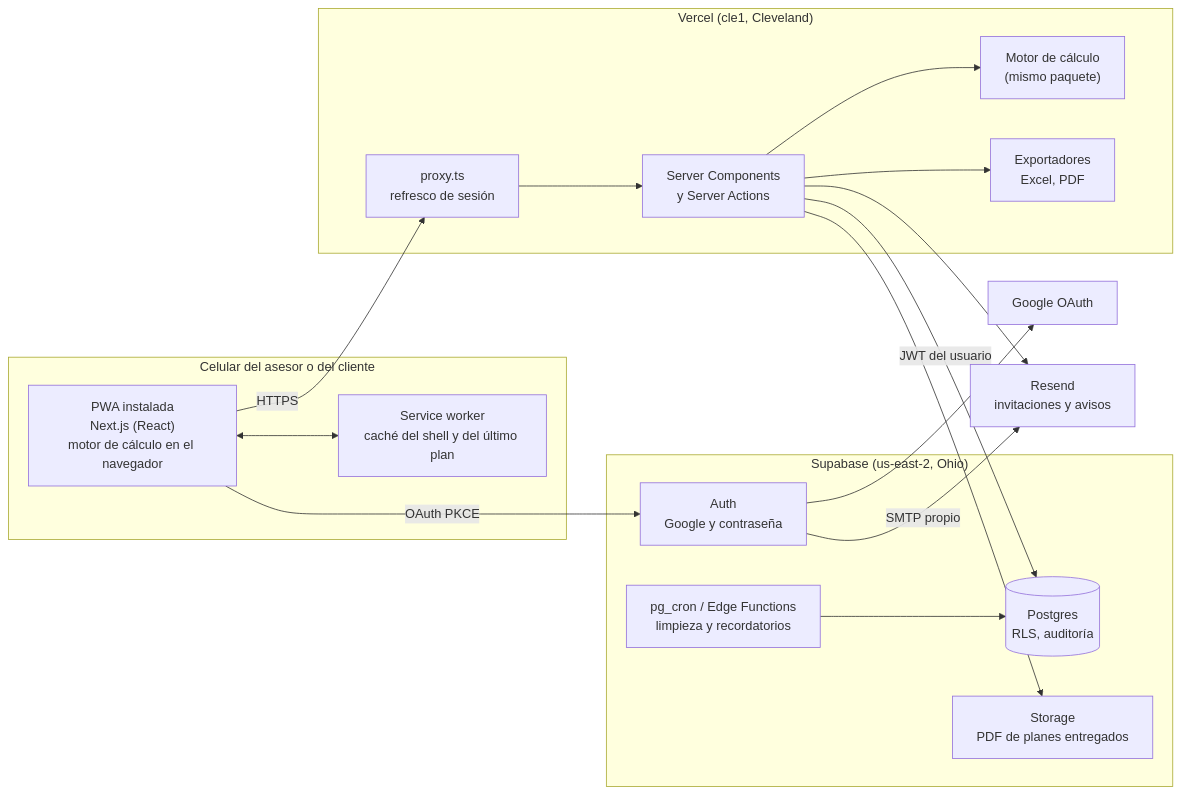
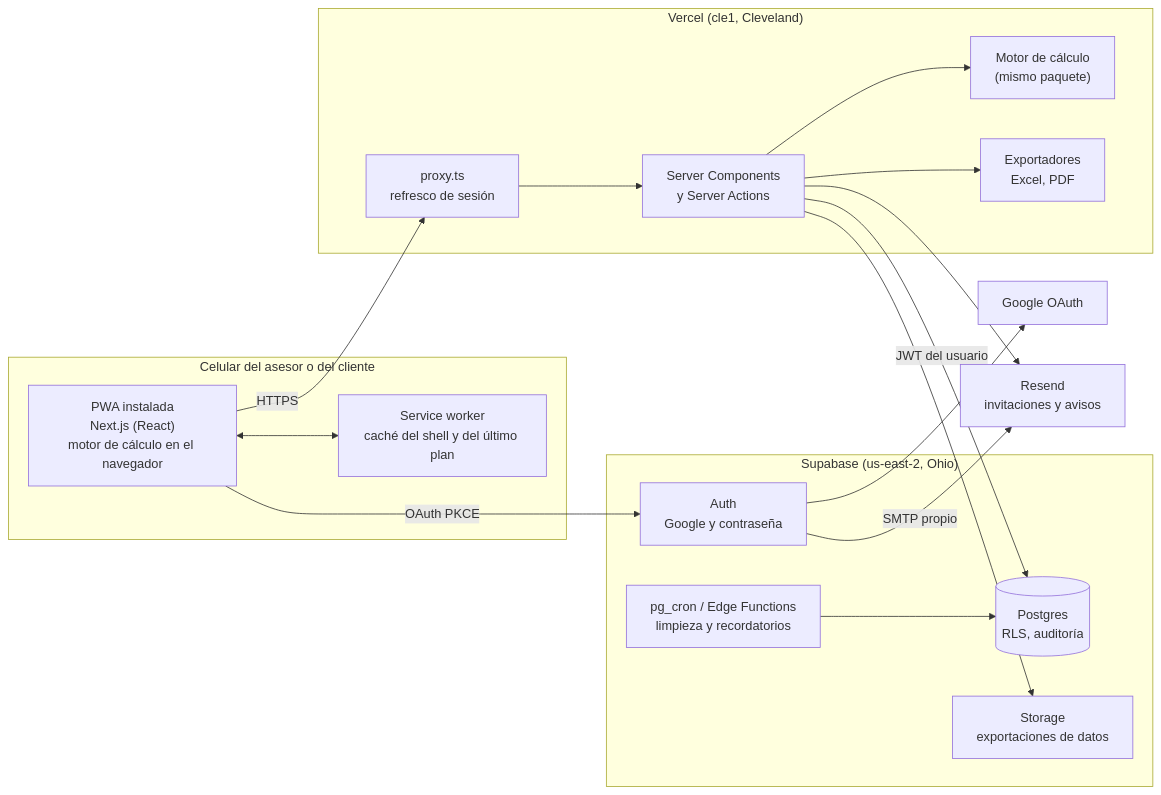
The first of 4 diagrams in docs/02-arquitectura.md (IngRetrius/mi-luca), drawn with Mermaid before and after one commit. The commit also changed other lines of this file and 81 other files, not shown here.

````diff
--- a/docs/02-arquitectura.md
+++ b/docs/02-arquitectura.md
@@ -35,33 +35,33 @@
 ```mermaid
 flowchart LR
   subgraph Dispositivo["Celular del asesor o del cliente"]
     PWA["PWA instalada<br/>Next.js (React)<br/>motor de cálculo en el navegador"]
     SW["Service worker<br/>caché del shell y del último plan"]
   end
   subgraph Vercel["Vercel (cle1, Cleveland)"]
     SSR["Server Components<br/>y Server Actions"]
     PX["proxy.ts<br/>refresco de sesión"]
     ENG["Motor de cálculo<br/>(mismo paquete)"]
     EXP["Exportadores<br/>Excel, PDF"]
   end
   subgraph Supabase["Supabase (us-east-2, Ohio)"]
     AUTH["Auth<br/>Google y contraseña"]
     DB[("Postgres<br/>RLS, auditoría")]
-    ST["Storage<br/>PDF de planes entregados"]
+    ST["Storage<br/>exportaciones de datos"]
     CRON["pg_cron / Edge Functions<br/>limpieza y recordatorios"]
   end
   GOOG["Google OAuth"]
   MAIL["Resend<br/>invitaciones y avisos"]
 
   PWA <--> SW
   PWA -->|HTTPS| PX --> SSR
   SSR --> ENG
   SSR --> EXP
   SSR -->|JWT del usuario| DB
   SSR --> ST
   PWA -->|OAuth PKCE| AUTH
   AUTH --> GOOG
   SSR --> MAIL
   AUTH -->|SMTP propio| MAIL
   CRON --> DB
 ```
````
